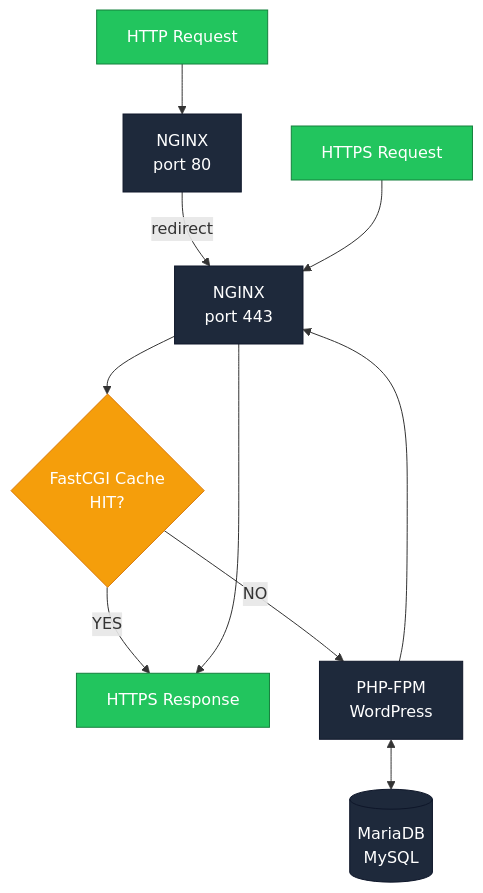
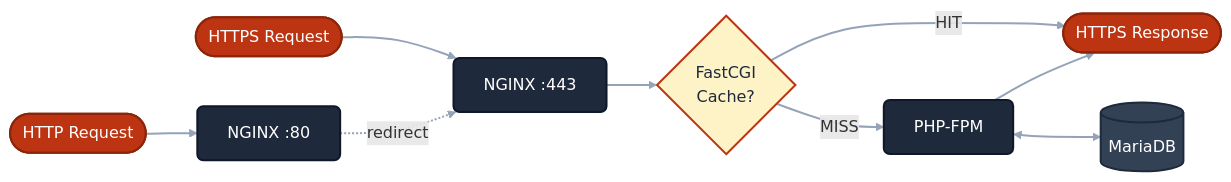
Before and after one commit to adsrmk/oscdocs: the diagram in docs/developers/fastcgi.md, drawn with Mermaid. The commit also changed other lines of this file, not shown here.

````diff
--- a/docs/developers/fastcgi.md
+++ b/docs/developers/fastcgi.md
@@ -7,21 +7,25 @@
 ```mermaid
-flowchart TD
-    A[HTTP Request] --> B[NGINX<br/>port 80]
-    B -->|redirect| C[NGINX<br/>port 443]
-    A2[HTTPS Request] --> C
-    C --> D{FastCGI Cache<br/>HIT?}
-    D -->|YES| E[HTTPS Response]
-    D -->|NO| F[PHP-FPM<br/>WordPress]
-    F <--> G[(MariaDB<br/>MySQL)]
-    F --> C
-    C --> E
+flowchart LR
+    A([HTTP Request]) --> B[NGINX :80]
+    A2([HTTPS Request]) --> C[NGINX :443]
+    B -. redirect .-> C
+    C --> D{FastCGI<br/>Cache?}
+    D -- HIT --> E([HTTPS Response])
+    D -- MISS --> F[PHP-FPM]
+    F <--> G[(MariaDB)]
+    F --> E
 
-    style A fill:#22c55e,stroke:#15803d,color:#fff
-    style A2 fill:#22c55e,stroke:#15803d,color:#fff
-    style E fill:#22c55e,stroke:#15803d,color:#fff
-    style B fill:#1e293b,stroke:#0f172a,color:#fff
-    style C fill:#1e293b,stroke:#0f172a,color:#fff
-    style F fill:#1e293b,stroke:#0f172a,color:#fff
-    style G fill:#1e293b,stroke:#0f172a,color:#fff
-    style D fill:#f59e0b,stroke:#d97706,color:#fff
+    classDef entry fill:#bc3411,stroke:#8a2509,stroke-width:2px,color:#fff,rx:8,ry:8
+    classDef server fill:#1e293b,stroke:#0f172a,stroke-width:2px,color:#fff,rx:6,ry:6
+    classDef decision fill:#fef3c7,stroke:#bc3411,stroke-width:2px,color:#1e293b
+    classDef db fill:#334155,stroke:#1e293b,stroke-width:2px,color:#fff
+    classDef response fill:#bc3411,stroke:#8a2509,stroke-width:2px,color:#fff,rx:8,ry:8
+
+    class A,A2 entry
+    class B,C,F server
+    class D decision
+    class G db
+    class E response
+
+    linkStyle default stroke:#94a3b8,stroke-width:2px
 ```
````
